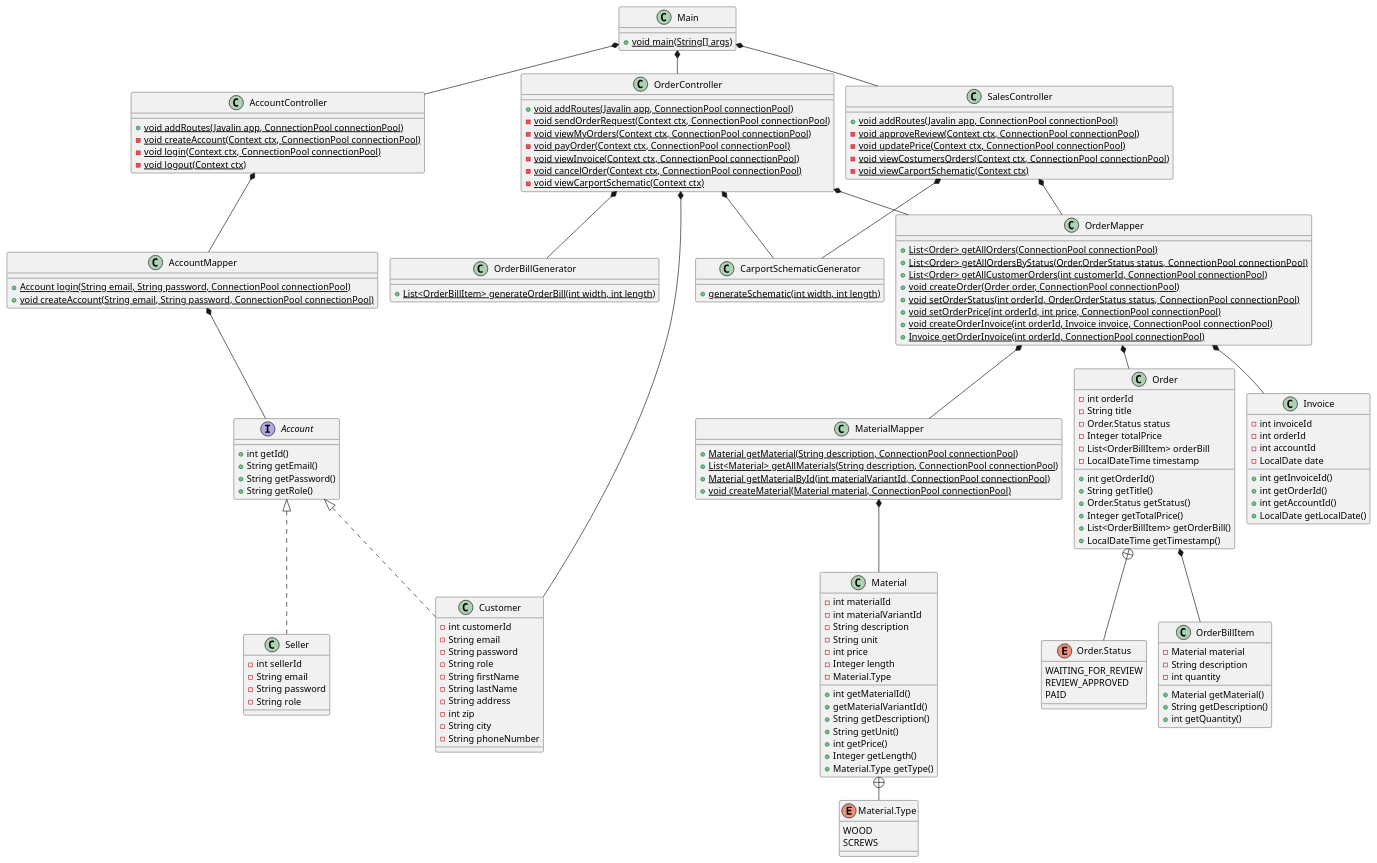
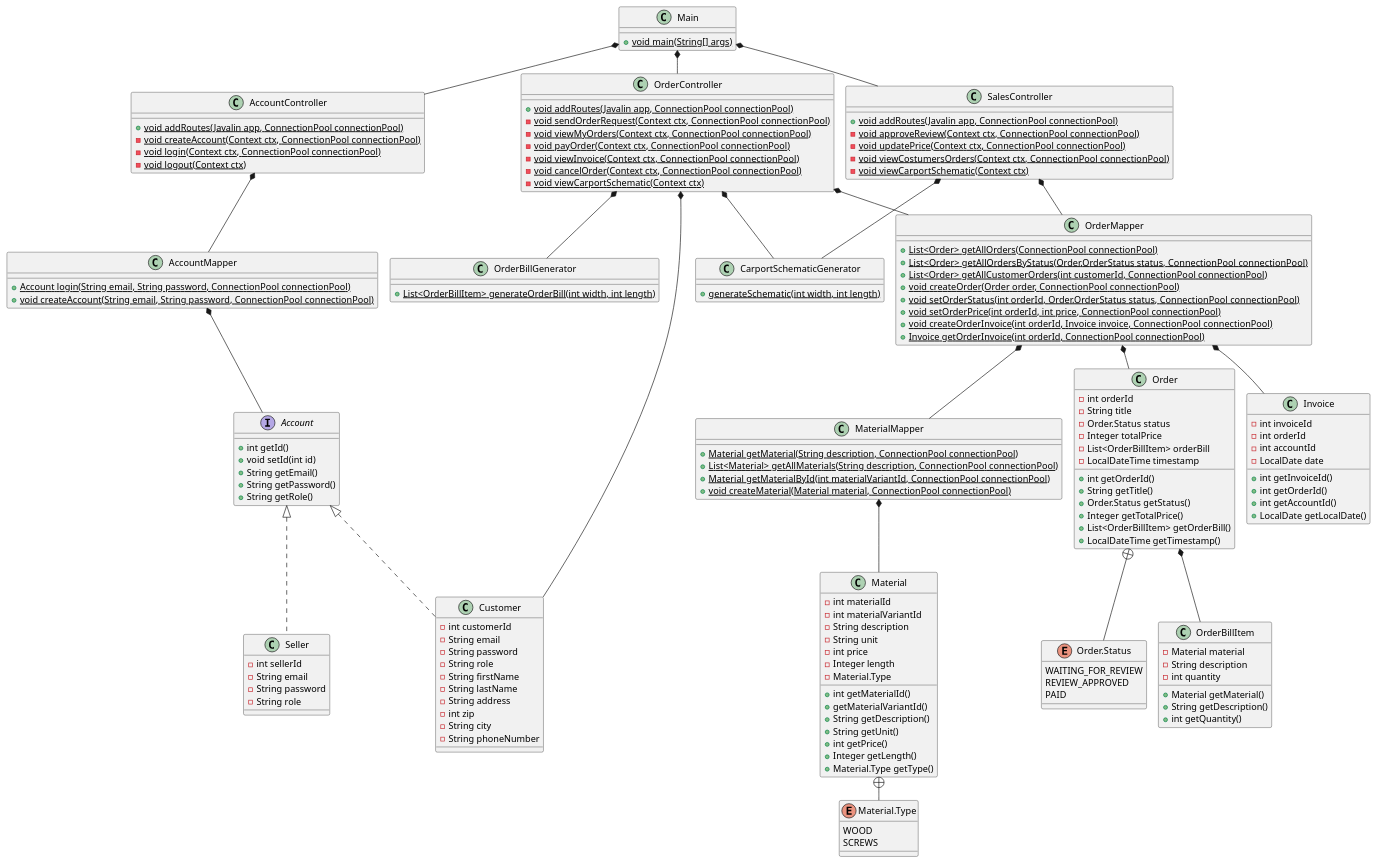
One commit to Shiihon/Dat2_Carport changed the diagram in doc/static/class_diagrams/class_diagram1.puml. Above: the diagram before and after it, drawn with PlantUML. The commit also changed 3 other files, not shown here.

```diff
--- a/doc/static/class_diagrams/class_diagram1.puml
+++ b/doc/static/class_diagrams/class_diagram1.puml
@@ -1,184 +1,185 @@
 @startuml
 'https://plantuml.com/class-diagram
 !pragma layout smetana
 set separator none
 
 class Main {
     + {static} void main(String[] args)
 }
 
 class AccountController {
     + {static} void addRoutes(Javalin app, ConnectionPool connectionPool)
     - {static} void createAccount(Context ctx, ConnectionPool connectionPool)
     - {static} void login(Context ctx, ConnectionPool connectionPool)
     - {static} void logout(Context ctx)
 }
 
 class SalesController {
     + {static} void addRoutes(Javalin app, ConnectionPool connectionPool)
     - {static} void approveReview(Context ctx, ConnectionPool connectionPool)
     - {static} void updatePrice(Context ctx, ConnectionPool connectionPool)
     - {static} void viewCostumersOrders(Context ctx, ConnectionPool connectionPool)
     - {static} void viewCarportSchematic(Context ctx)
 }
 
 class OrderController {
     + {static} void addRoutes(Javalin app, ConnectionPool connectionPool)
     - {static} void sendOrderRequest(Context ctx, ConnectionPool connectionPool)
     - {static} void viewMyOrders(Context ctx, ConnectionPool connectionPool)
     - {static} void payOrder(Context ctx, ConnectionPool connectionPool)
     - {static} void viewInvoice(Context ctx, ConnectionPool connectionPool)
     - {static} void cancelOrder(Context ctx, ConnectionPool connectionPool)
     - {static} void viewCarportSchematic(Context ctx)
 }
 
 class AccountMapper {
     + {static} Account login(String email, String password, ConnectionPool connectionPool)
     + {static} void createAccount(String email, String password, ConnectionPool connectionPool)
 }
 
 class OrderMapper {
     + {static} List<Order> getAllOrders(ConnectionPool connectionPool)
     + {static} List<Order> getAllOrdersByStatus(Order.OrderStatus status, ConnectionPool connectionPool)
     + {static} List<Order> getAllCustomerOrders(int customerId, ConnectionPool connectionPool)
     + {static} void createOrder(Order order, ConnectionPool connectionPool)
     + {static} void setOrderStatus(int orderId, Order.OrderStatus status, ConnectionPool connectionPool)
     + {static} void setOrderPrice(int orderId, int price, ConnectionPool connectionPool)
     + {static} void createOrderInvoice(int orderId, Invoice invoice, ConnectionPool connectionPool)
     + {static} Invoice getOrderInvoice(int orderId, ConnectionPool connectionPool)
 }
 
 class MaterialMapper {
     + {static} Material getMaterial(String description, ConnectionPool connectionPool)
     + {static} List<Material> getAllMaterials(String description, ConnectionPool connectionPool)
     + {static} Material getMaterialById(int materialVariantId, ConnectionPool connectionPool)
     + {static} void createMaterial(Material material, ConnectionPool connectionPool)
 }
 
 interface Account {
     + int getId()
+    + void setId(int id)
     + String getEmail()
     + String getPassword()
     + String getRole()
 }
 
 class Seller implements Account {
     - int sellerId
     - String email
     - String password
     - String role
 }
 
 class Customer implements Account {
     - int customerId
     - String email
     - String password
     - String role
     - String firstName
     - String lastName
     - String address
     - int zip
     - String city
     - String phoneNumber
 }
 
 class CarportSchematicGenerator {
     + {static} generateSchematic(int width, int length)
 }
 
 class OrderBillGenerator {
     + {static} List<OrderBillItem> generateOrderBill(int width, int length)
 }
 
 class Order {
     - int orderId
     - String title
     - Order.Status status
     - Integer totalPrice
     - List<OrderBillItem> orderBill
     - LocalDateTime timestamp
 
     + int getOrderId()
     + String getTitle()
     + Order.Status getStatus()
     + Integer getTotalPrice()
     + List<OrderBillItem> getOrderBill()
     + LocalDateTime getTimestamp()
 }
 
 enum Order.Status {
     WAITING_FOR_REVIEW
     REVIEW_APPROVED
     PAID
 }
 
 class OrderBillItem {
     - Material material
     - String description
     - int quantity
 
     + Material getMaterial()
     + String getDescription()
     + int getQuantity()
 }
 
 class Invoice {
     - int invoiceId
     - int orderId
     - int accountId
     - LocalDate date
 
     + int getInvoiceId()
     + int getOrderId()
     + int getAccountId()
     + LocalDate getLocalDate()
 }
 
 class Material {
     - int materialId
     - int materialVariantId
     - String description
     - String unit
     - int price
     - Integer length
     - Material.Type
 
     + int getMaterialId()
     + getMaterialVariantId()
     + String getDescription()
     + String getUnit()
     + int getPrice()
     + Integer getLength()
     + Material.Type getType()
 }
 
 enum Material.Type {
     WOOD
     SCREWS
 }
 
 Main *-- AccountController
 Main *-- OrderController
 Main *-- SalesController
 
 AccountController *-- AccountMapper
 OrderController *-- OrderMapper
 SalesController *-- OrderMapper
 
 OrderController *-- CarportSchematicGenerator
 OrderController *-- OrderBillGenerator
 OrderController *-- Customer
 SalesController *-- CarportSchematicGenerator
 
 AccountMapper *-- Account
 OrderMapper *-- Order
 OrderMapper *-- Invoice
 OrderMapper *-- MaterialMapper
 MaterialMapper *-- Material
 
 Order *-- OrderBillItem
 Order +-- Order.Status
 
 Material +-- Material.Type
 
 @enduml
```
